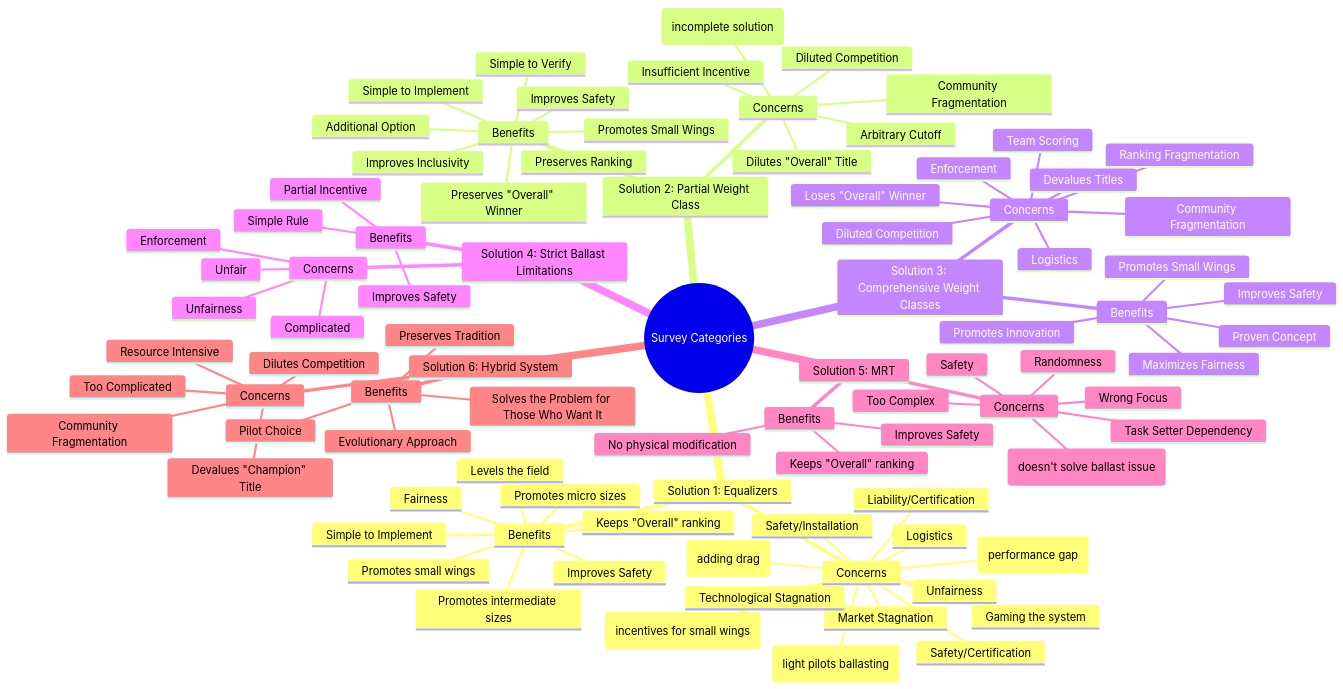
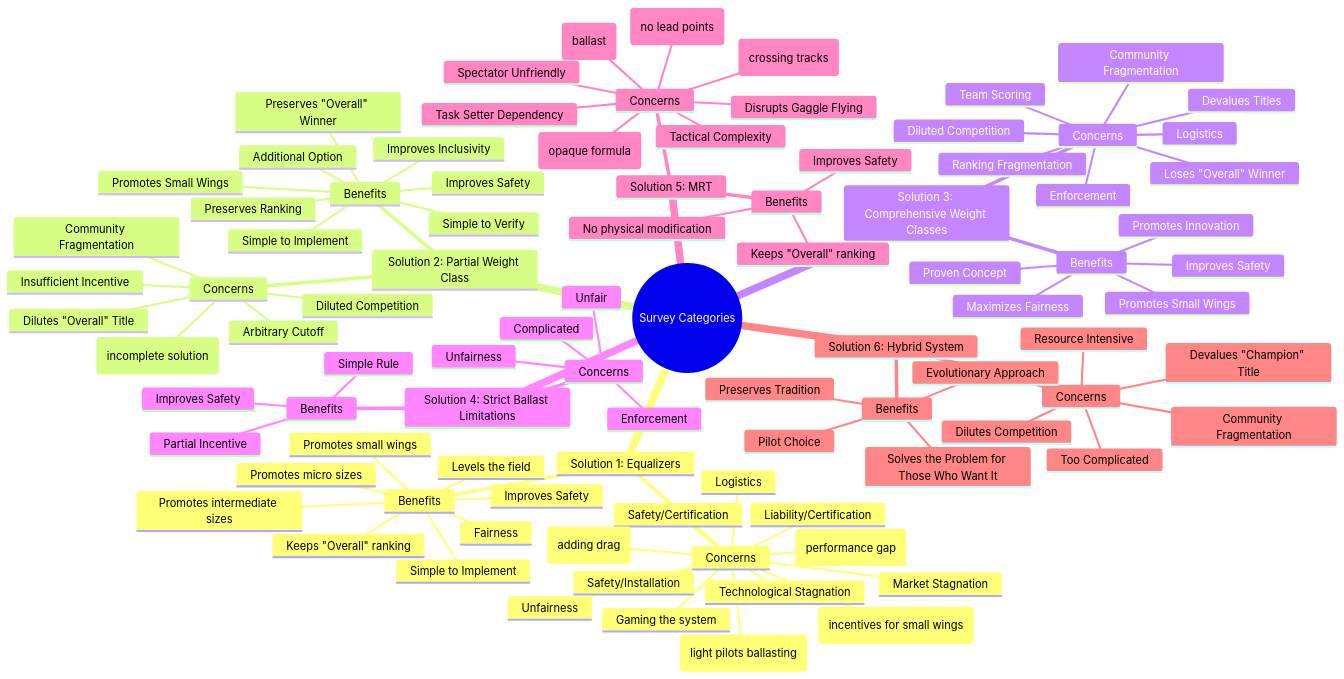
One commit to mgajczewski/paragliding-survey changed the diagram in ballast-fairness-survey/docs/categories.md. Above: the diagram before and after it, drawn with Mermaid. The commit also changed other lines of this file and 1 other file, not shown here.

Commit message:
better concerns for MRT

```diff
--- a/ballast-fairness-survey/docs/categories.md
+++ b/ballast-fairness-survey/docs/categories.md
@@ -75,12 +75,14 @@
         Partial Incentive
     Solution 5: MRT
       Concerns
-        Randomness
-        Safety
-        Too Complex
-        Wrong Focus
-        Safety (doesn't solve ballast issue)
+        Tactical Complexity
+        Disrupts Gaggle Flying
         Task Setter Dependency
+        Safety (crossing tracks)
+        Spectator Unfriendly
+        Changes Scoring (no lead points)
+        Ineffective on Safety (ballast)
+        Complexity (opaque formula)
       Benefits
         Improves Safety
         Keeps "Overall" ranking
```
